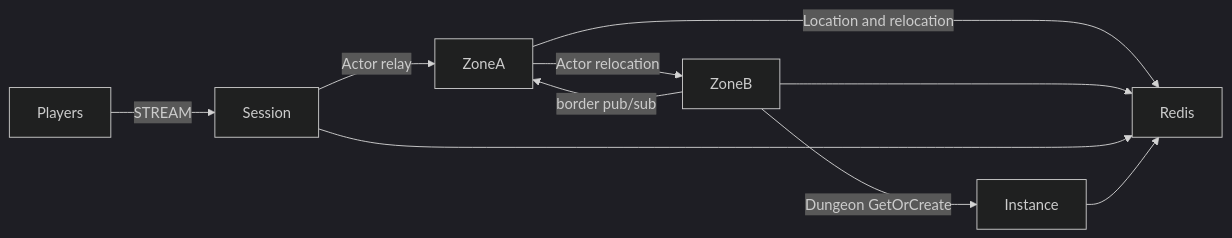
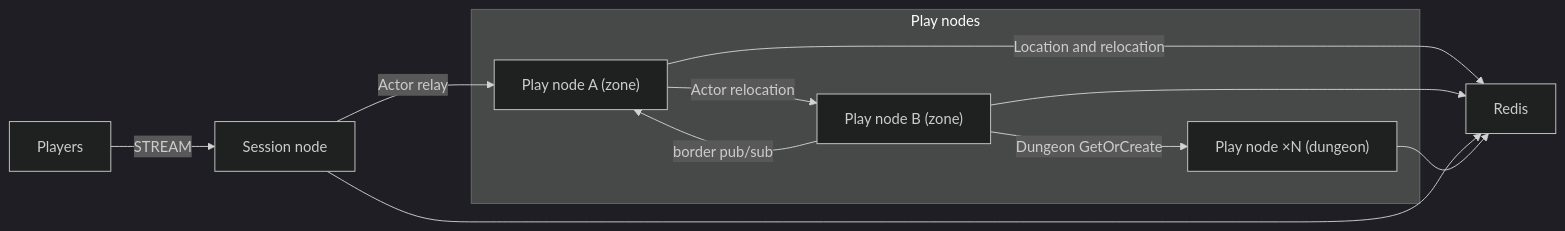
One commit to zlink-systems/zlink changed the diagram in framework/languages/cpp/templates/mmo-seamless/my-game/README.md. Above: the diagram before and after it, drawn with Mermaid (dark theme). The commit also changed other lines of this file and 223 other files, not shown here.

First line of the commit message:
docs(templates): 모든 템플릿의 노드 이름을 Session node · Play node · API node로 (#5350)

````diff
--- a/framework/languages/cpp/templates/mmo-seamless/my-game/README.md
+++ b/framework/languages/cpp/templates/mmo-seamless/my-game/README.md
@@ -5,12 +5,17 @@
 ```mermaid
 flowchart LR
-  Players -->|STREAM| Session
+  subgraph playNodes["Play nodes"]
+    ZoneA["Play node A (zone)"]
+    ZoneB["Play node B (zone)"]
+    Instance["Play node ×N (dungeon)"]
+  end
+  Players -->|STREAM| Session["Session node"]
   Session -->|Actor relay| ZoneA
   ZoneA -->|Actor relocation| ZoneB
   ZoneB -->|border pub/sub| ZoneA
   ZoneB -->|Dungeon GetOrCreate| Instance
   ZoneA -->|Location and relocation| Redis
   ZoneB --> Redis
   Session --> Redis
   Instance --> Redis
 ```
````
